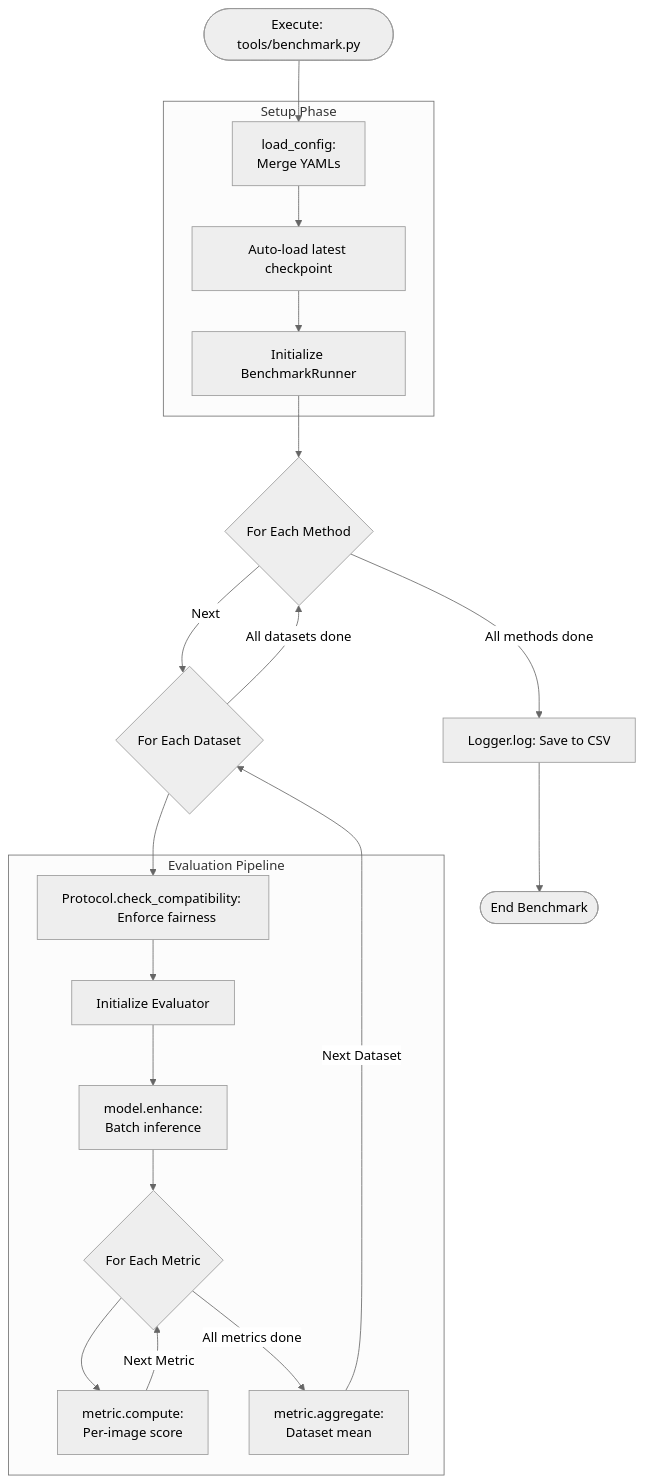
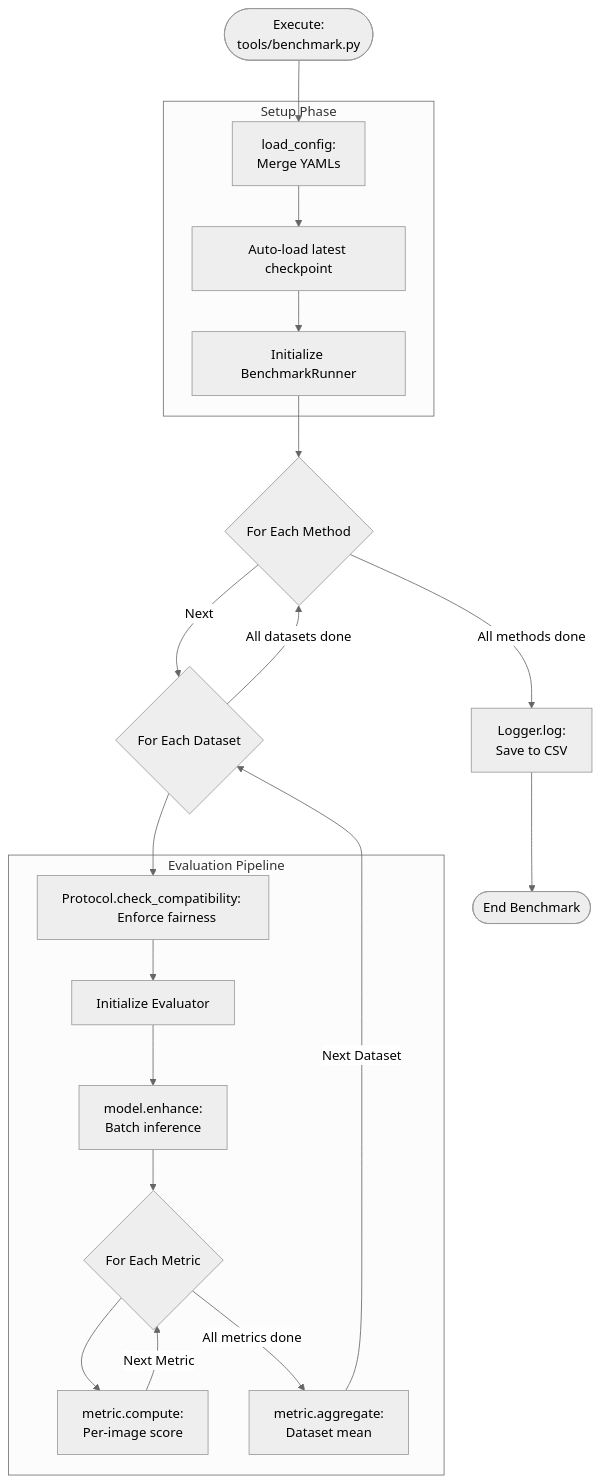
The second of 5 diagrams in README.md (fury471/llie_bench), drawn with Mermaid (neutral theme) before and after one commit. The commit also changed other lines of this file, not shown here.

````diff
--- a/README.md
+++ b/README.md
@@ -96,34 +97,36 @@
 ```mermaid
 flowchart TD
-    Start([Execute: tools/benchmark.py]) --> Cfg
+    Start([Execute: 
+    tools/benchmark.py]) --> Cfg
     
     subgraph Setup Phase
         Cfg[load_config: 
         Merge YAMLs] --> Ckpt[Auto-load latest checkpoint]
         Ckpt --> BR[Initialize BenchmarkRunner]
     end
 
     BR --> MethodLoop{For Each Method}
     MethodLoop --> |Next| DatasetLoop{For Each Dataset}
 
     subgraph Evaluation Pipeline
         Compat[Protocol.check_compatibility: 
         Enforce fairness] --> Eval[Initialize Evaluator]
         Eval --> Infer[model.enhance: 
         Batch inference]
         Infer --> MetricLoop{For Each Metric}
         
         MetricLoop --> Compute[metric.compute: 
         Per-image score]
         Compute --> |Next Metric| MetricLoop
         MetricLoop --> |All metrics done| Agg[metric.aggregate: 
         Dataset mean]
     end
 
     DatasetLoop --> Compat
     Agg --> |Next Dataset| DatasetLoop
     DatasetLoop --> |All datasets done| MethodLoop
     
-    MethodLoop --> |All methods done| Log[Logger.log: Save to CSV]
+    MethodLoop --> |All methods done| Log[Logger.log: 
+    Save to CSV]
     Log --> Finish([End Benchmark])
 ```
````
